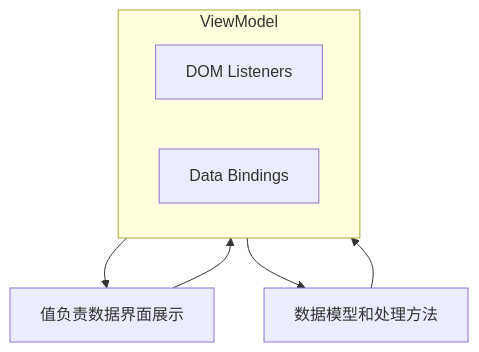
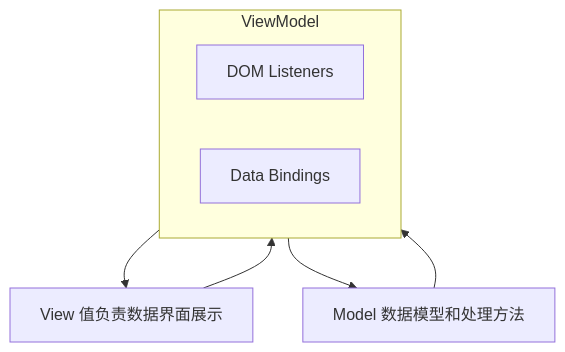
One commit to xiaogithubooo/LimouLearnNote changed the diagram in ProgrammerPrimerNote/ClientInterfaceNote/VueNote/000+limou+2024_07_01+Vue先导.md. Above: the diagram before and after it, drawn with Mermaid. The commit also changed other lines of this file and 3 other files, not shown here.

````diff
--- a/ProgrammerPrimerNote/ClientInterfaceNote/VueNote/000+limou+2024_07_01+Vue先导.md
+++ b/ProgrammerPrimerNote/ClientInterfaceNote/VueNote/000+limou+2024_07_01+Vue先导.md
@@ -3,11 +21,11 @@
 ```mermaid
 graph 
 
 subgraph "ViewModel"
 dow_listeners["DOM Listeners"]
 data_bindings["Data Bindings"]
 end
 
-Model["数据模型和处理方法"] --> ViewModel --> View
-View["值负责数据界面展示"] --> ViewModel --> Model
+Model["Model 数据模型和处理方法"] --> ViewModel --> View
+View["View 值负责数据界面展示"] --> ViewModel --> Model
 ```
````
